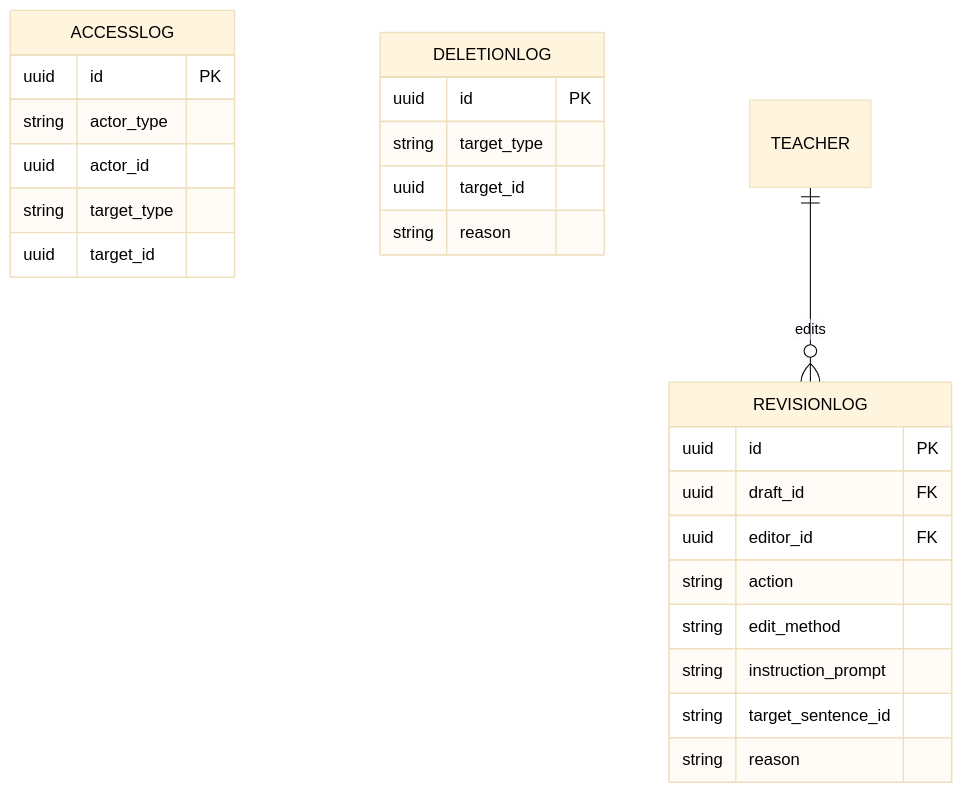
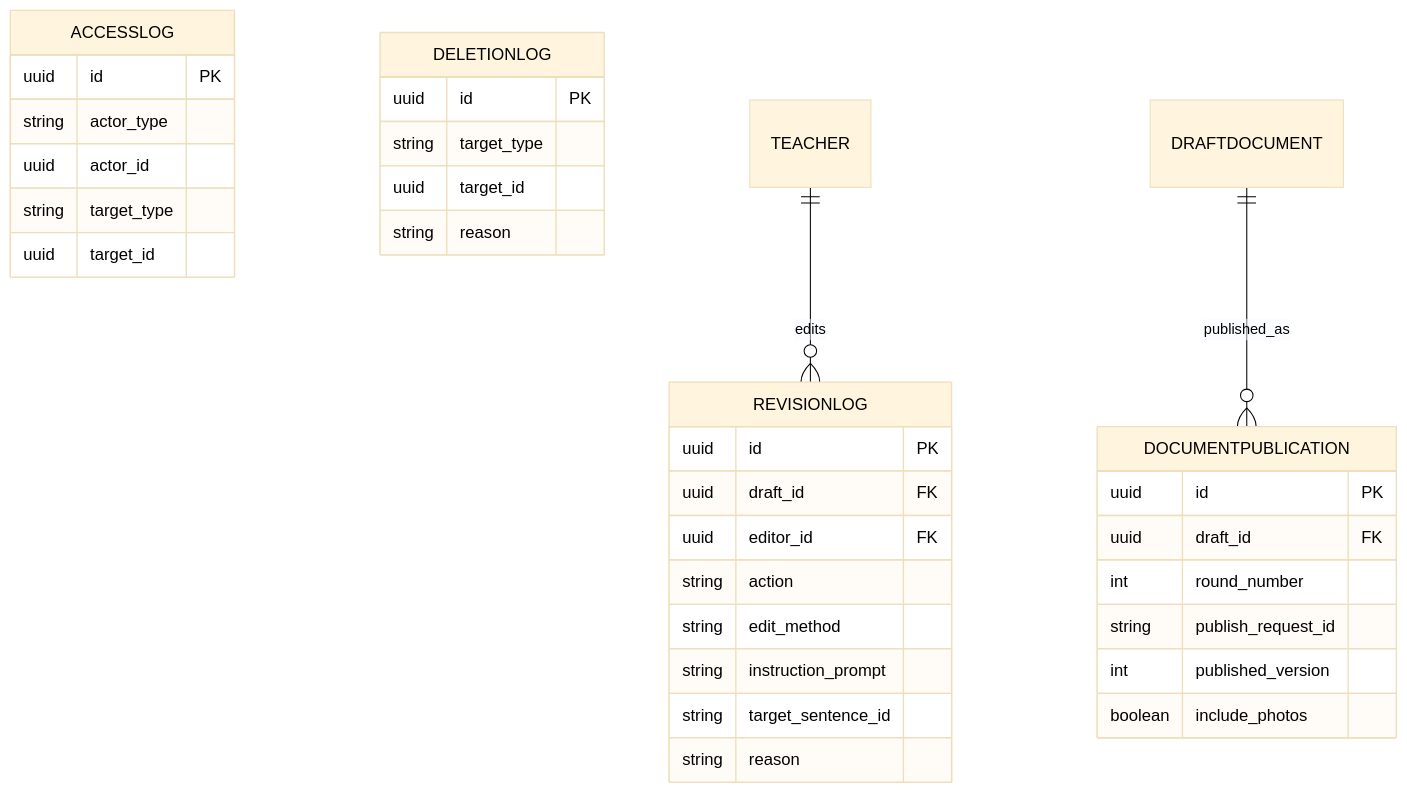
One commit to kakaotechcampus-4/ktc4-chungnam-4 changed the fifth of 8 diagrams in docs/테크스펙.md. Above: the diagram before and after it, drawn with Mermaid. The commit also changed other lines of this file, not shown here.

Commit message:
docs: add selected photos and publication rounds to spec
교사가 고른 사진을 저장하고, 게시할 때 "사진도 함께 보내기"를 남기려면 컬럼이 필요합니다.
DocumentPublication은 첫 마이그레이션부터 DB에 있었는데 테크스펙 ④·⑤와 ERD에 빠져 있어
함께 적습니다. 승인과 게시를 나누는 것(노출 기준 published_at)과 사진 고를 수 있는 범위는
임시 결정(한상균)이고, 승인·게시 분리는 #158 6번으로 팀 확인을 받습니다.

````diff
--- a/docs/테크스펙.md
+++ b/docs/테크스펙.md
@@ -694,28 +696,37 @@
 ```mermaid
 %%{init: {'theme':'base', 'themeVariables': {'primaryTextColor':'#000000','textColor':'#000000','lineColor':'#000000'}}}%%
 erDiagram
   REVISIONLOG {
     uuid id PK
     uuid draft_id FK
     uuid editor_id FK
     string action
     string edit_method
     string instruction_prompt
     string target_sentence_id
     string reason
+  }
+  DOCUMENTPUBLICATION {
+    uuid id PK
+    uuid draft_id FK
+    int round_number
+    string publish_request_id
+    int published_version
+    boolean include_photos
   }
   ACCESSLOG {
     uuid id PK
     string actor_type
     uuid actor_id
     string target_type
     uuid target_id
   }
   DELETIONLOG {
     uuid id PK
     string target_type
     uuid target_id
     string reason
   }
   TEACHER ||--o{ REVISIONLOG : edits
+  DRAFTDOCUMENT ||--o{ DOCUMENTPUBLICATION : published_as
 ```
````
